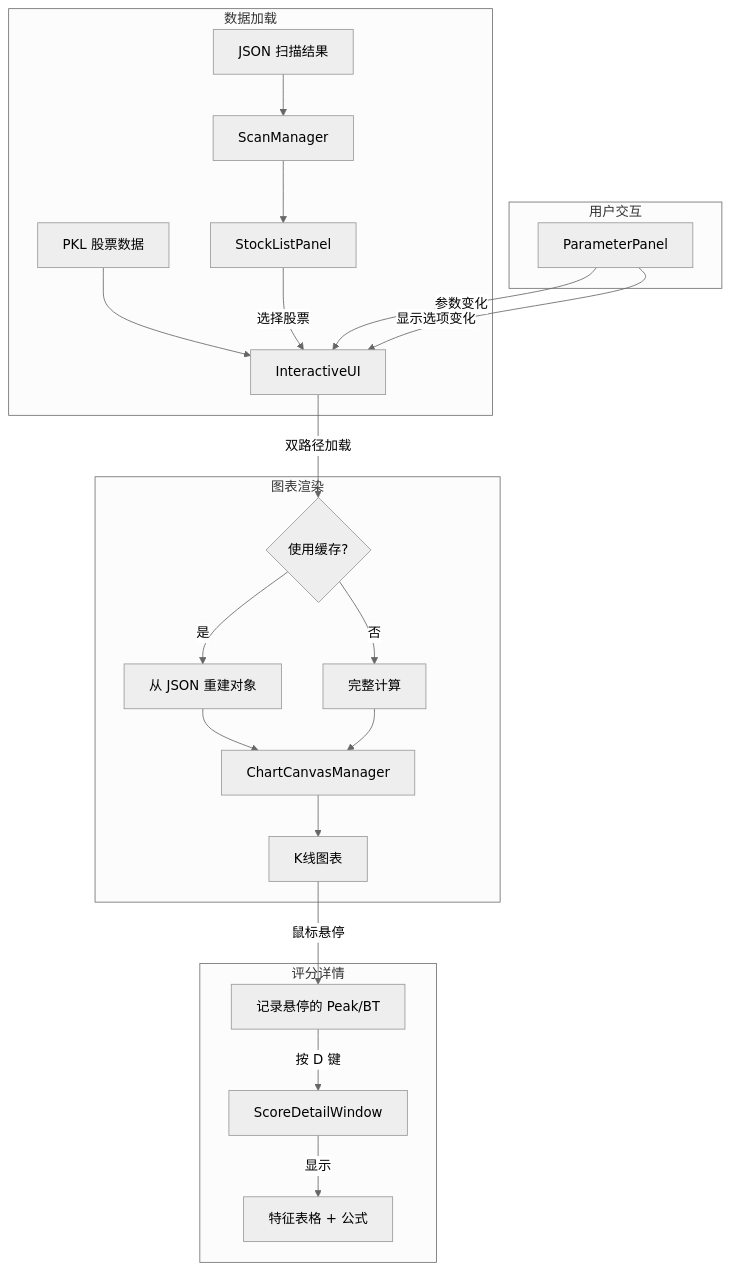
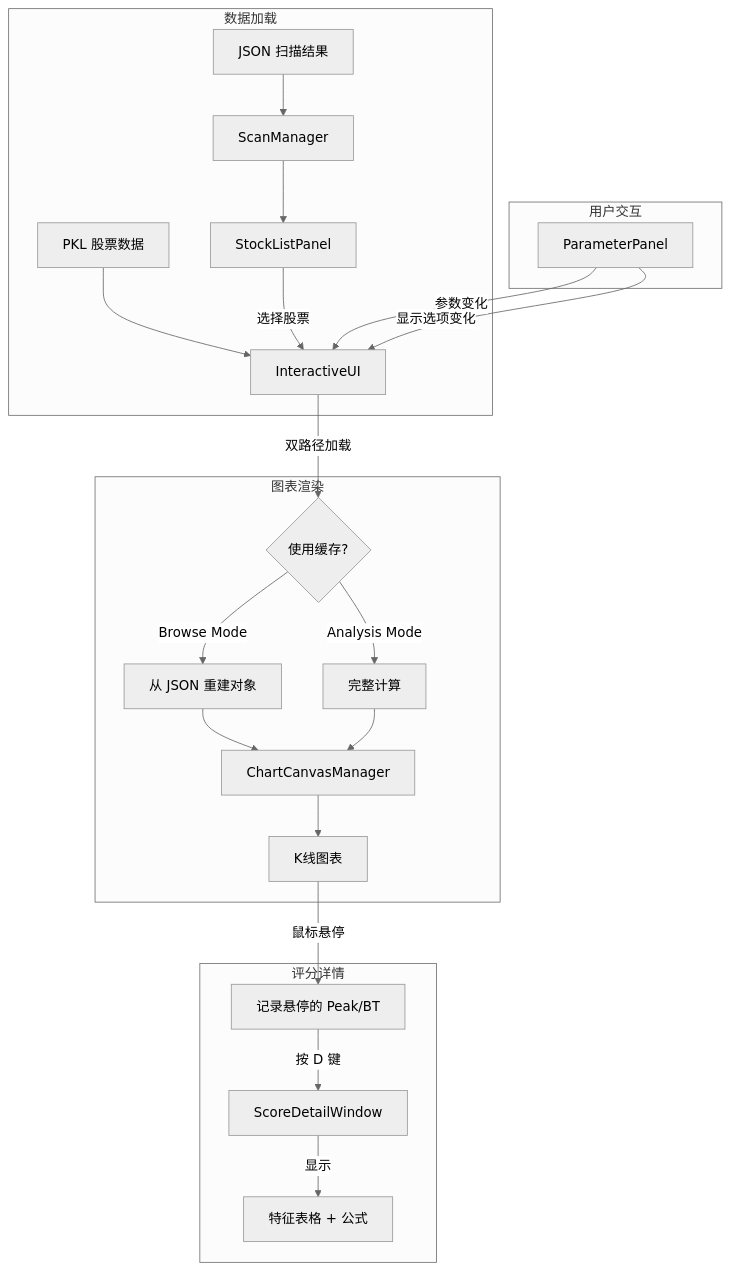
Before and after one commit to ufgtb24/Trade_Strategy: the second of 2 diagrams in docs/modules/specs/12_交互式UI_IMPL.md, drawn with Mermaid (neutral theme). The commit also changed other lines of this file and 49 other files, not shown here.

````diff
--- a/docs/modules/specs/12_交互式UI_IMPL.md
+++ b/docs/modules/specs/12_交互式UI_IMPL.md
@@ -55,29 +96,29 @@
 ```mermaid
 flowchart TD
     subgraph 数据加载
         JSON[JSON 扫描结果] --> ScanMgr[ScanManager]
         ScanMgr --> StockList[StockListPanel]
         PKL[PKL 股票数据] --> Main[InteractiveUI]
     end
 
     subgraph 用户交互
         StockList -->|选择股票| Main
         ParamPanel[ParameterPanel] -->|参数变化| Main
         ParamPanel -->|显示选项变化| Main
     end
 
     subgraph 图表渲染
         Main -->|双路径加载| Decision{使用缓存?}
-        Decision -->|是| JSONCache[从 JSON 重建对象]
-        Decision -->|否| FullComp[完整计算]
+        Decision -->|Browse Mode| JSONCache[从 JSON 重建对象]
+        Decision -->|Analysis Mode| FullComp[完整计算]
         JSONCache --> ChartMgr[ChartCanvasManager]
         FullComp --> ChartMgr
         ChartMgr --> Canvas[K线图表]
     end
 
     subgraph 评分详情
         Canvas -->|鼠标悬停| HoverState[记录悬停的 Peak/BT]
         HoverState -->|按 D 键| ScoreWindow[ScoreDetailWindow]
         ScoreWindow -->|显示| DetailTable[特征表格 + 公式]
     end
 ```
````
